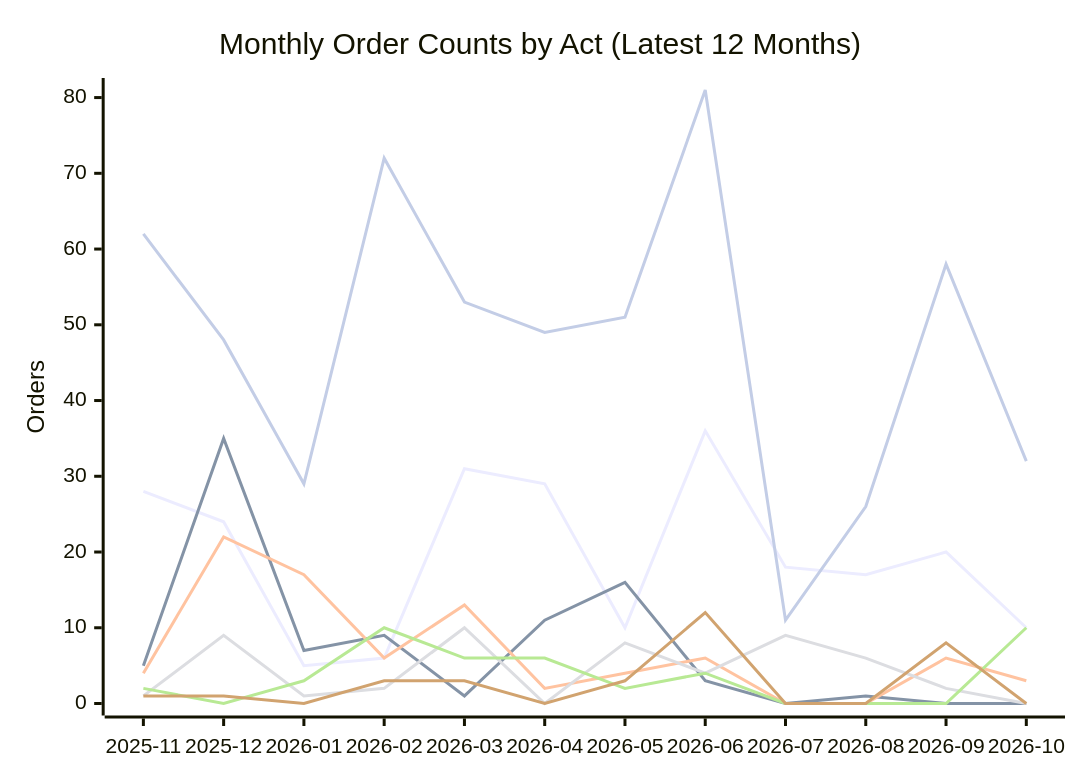
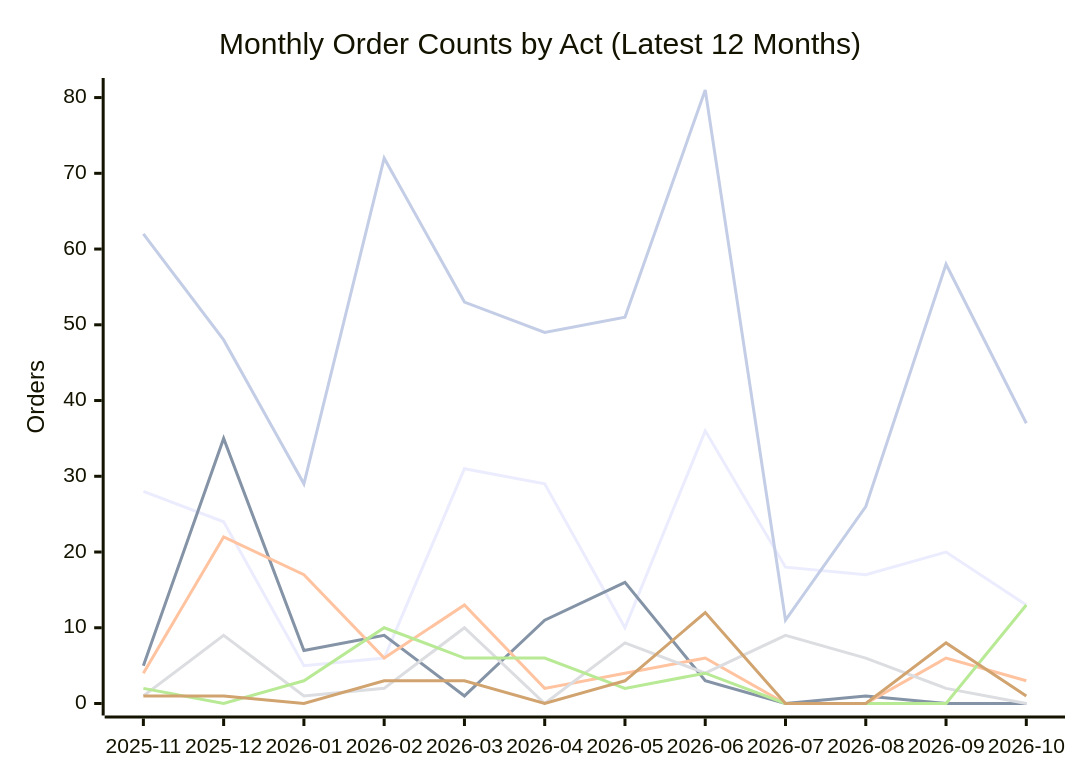
One commit to PatLittle/oic-data changed the second of 2 diagrams in README.md. Above: the diagram before and after it, drawn with Mermaid. The commit also changed other lines of this file and 25 other files, not shown here.

````diff
--- a/README.md
+++ b/README.md
@@ -71,13 +71,13 @@
 ```mermaid
 xychart-beta
     title "Monthly Order Counts by Act (Latest 12 Months)"
     x-axis ["2025-11", "2025-12", "2026-01", "2026-02", "2026-03", "2026-04", "2026-05", "2026-06", "2026-07", "2026-08", "2026-09", "2026-10"]
     y-axis "Orders" 0 --> 81
-    line [28, 24, 5, 6, 31, 29, 10, 36, 18, 17, 20, 10]
+    line [28, 24, 5, 6, 31, 29, 10, 36, 18, 17, 20, 13]
     line [5, 35, 7, 9, 1, 11, 16, 3, 0, 1, 0, 0]
     line [4, 22, 17, 6, 13, 2, 4, 6, 0, 0, 6, 3]
     line [1, 9, 1, 2, 10, 0, 8, 4, 9, 6, 2, 0]
-    line [2, 0, 3, 10, 6, 6, 2, 4, 0, 0, 0, 10]
-    line [1, 1, 0, 3, 3, 0, 3, 12, 0, 0, 8, 0]
-    line [62, 48, 29, 72, 53, 49, 51, 81, 11, 26, 58, 32]
+    line [2, 0, 3, 10, 6, 6, 2, 4, 0, 0, 0, 13]
+    line [1, 1, 0, 3, 3, 0, 3, 12, 0, 0, 8, 1]
+    line [62, 48, 29, 72, 53, 49, 51, 81, 11, 26, 58, 37]
 ```
````
